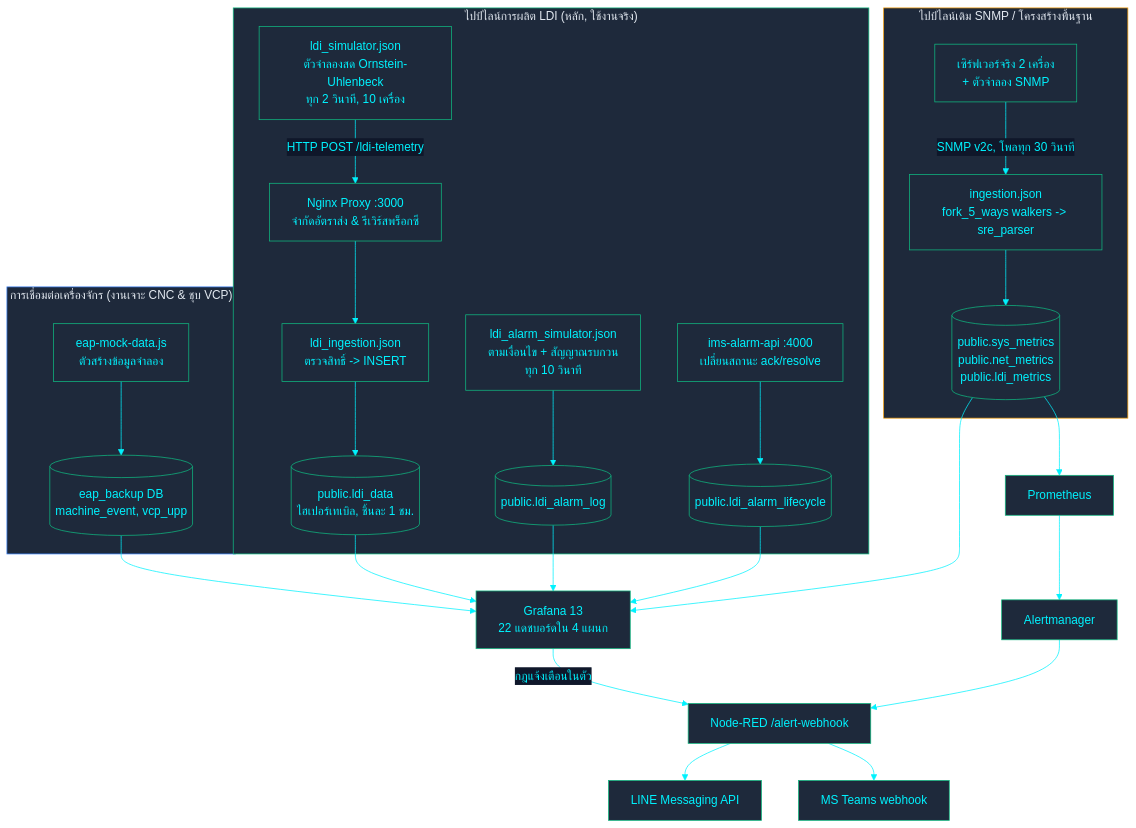
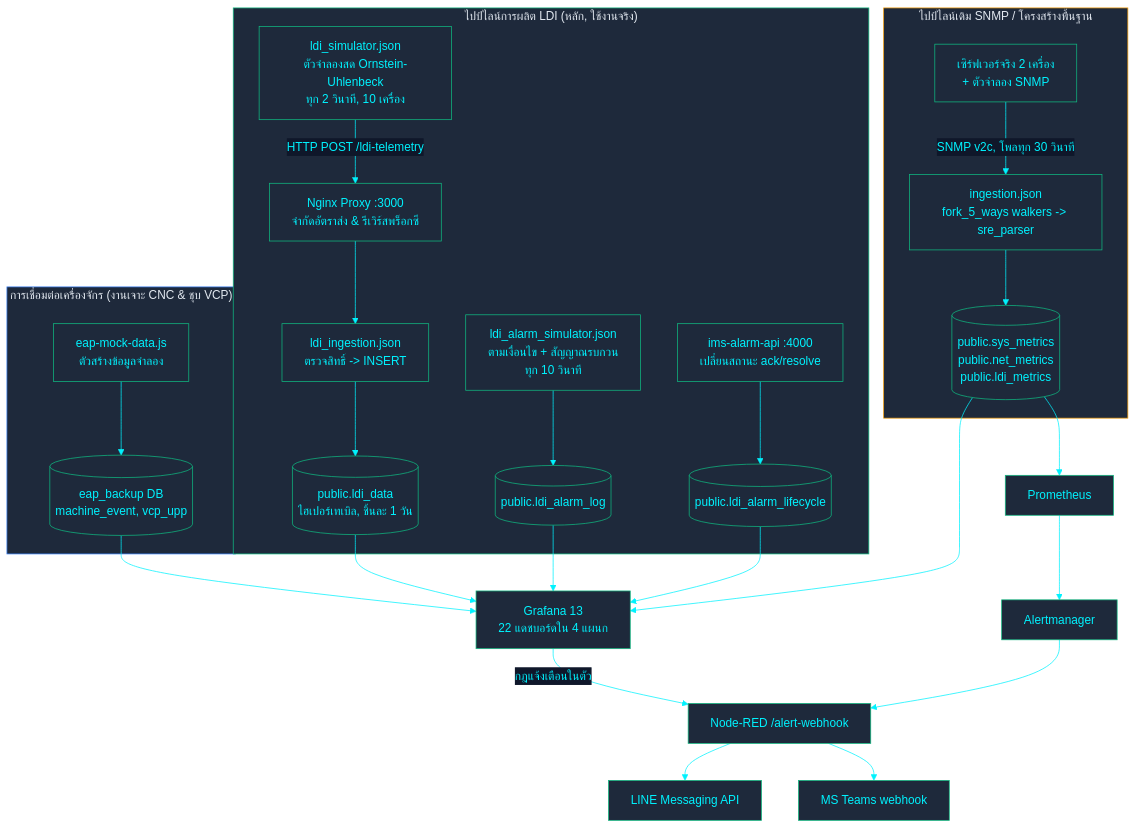
The diagram in th/docs/architecture/ARCHITECTURE.md (PATTANAKORN025/IMS), drawn with Mermaid before and after one commit. The commit also changed other lines of this file and 50 other files, not shown here.

First line of the commit message:
docs: align architecture facts, topologies, and tri-language mirrors

````diff
--- a/th/docs/architecture/ARCHITECTURE.md
+++ b/th/docs/architecture/ARCHITECTURE.md
@@ -28,35 +28,35 @@
 ```mermaid
 %%{init: {'theme': 'base', 'themeVariables': { 'primaryColor': '#1e293b', 'primaryTextColor': '#00F2FE', 'primaryBorderColor': '#10B981', 'lineColor': '#00F2FE', 'secondaryColor': '#0f172a', 'tertiaryColor': '#0f172a', 'clusterBkg': '#030407', 'clusterBorder': '#00F2FE'}}}%%
 flowchart TB
  subgraph LDI ["ไปป์ไลน์การผลิต LDI (หลัก, ใช้งานจริง)"]
   SIM["ldi_simulator.json\nตัวจำลองสด Ornstein-Uhlenbeck\nทุก 2 วินาที, 10 เครื่อง"] -->|"HTTP POST /ldi-telemetry"| PROXY["Nginx Proxy :3000\nจำกัดอัตราส่ง & รีเวิร์สพร็อกซี"]
   PROXY --> ING["ldi_ingestion.json\nตรวจสิทธิ์ -> INSERT"]
-  ING --> LDIDATA[("public.ldi_data\nไฮเปอร์เทเบิล, ชิ้นละ 1 ชม.")]
+  ING --> LDIDATA[("public.ldi_data\nไฮเปอร์เทเบิล, ชิ้นละ 1 วัน")]
   ALMSIM["ldi_alarm_simulator.json\nตามเงื่อนไข + สัญญาณรบกวน\nทุก 10 วินาที"] --> ALARMLOG[("public.ldi_alarm_log")]
   ALARMAPI["ims-alarm-api :4000\nเปลี่ยนสถานะ ack/resolve"] --> ALARMLC[("public.ldi_alarm_lifecycle")]
  end
 
  subgraph LEGACY ["ไปป์ไลน์เดิม SNMP / โครงสร้างพื้นฐาน"]
   DEV["เซิร์ฟเวอร์จริง 2 เครื่อง\n+ ตัวจำลอง SNMP"] -->|"SNMP v2c, โพลทุก 30 วินาที"| NR["ingestion.json\nfork_5_ways walkers -> sre_parser"]
   NR --> SYSMETRICS[("public.sys_metrics\npublic.net_metrics\npublic.ldi_metrics")]
  end
 
  subgraph EAP ["การเชื่อมต่อเครื่องจักร (งานเจาะ CNC & ชุบ VCP)"]
   MOCK["eap-mock-data.js\nตัวสร้างข้อมูลจำลอง"] --> EAPDB[("eap_backup DB\nmachine_event, vcp_upp")]
  end
 
  LDIDATA --> GRAFANA["Grafana 13\n22 แดชบอร์ดใน 4 แผนก"]
  ALARMLOG --> GRAFANA
  ALARMLC --> GRAFANA
  SYSMETRICS --> GRAFANA
  EAPDB --> GRAFANA
  SYSMETRICS --> PROM["Prometheus"]
  GRAFANA -->|"กฎแจ้งเตือนในตัว"| NRWEBHOOK["Node-RED /alert-webhook"]
  PROM --> AM["Alertmanager"] --> NRWEBHOOK
  NRWEBHOOK --> LINE["LINE Messaging API"]
  NRWEBHOOK --> TEAMS["MS Teams webhook"]
 
  style LDI fill:#1e293b,stroke:#10B981,color:#e2e8f0
  style LEGACY fill:#1e293b,stroke:#F59E0B,color:#e2e8f0
  style EAP fill:#1e293b,stroke:#3B82F6,color:#e2e8f0
 ```
````
